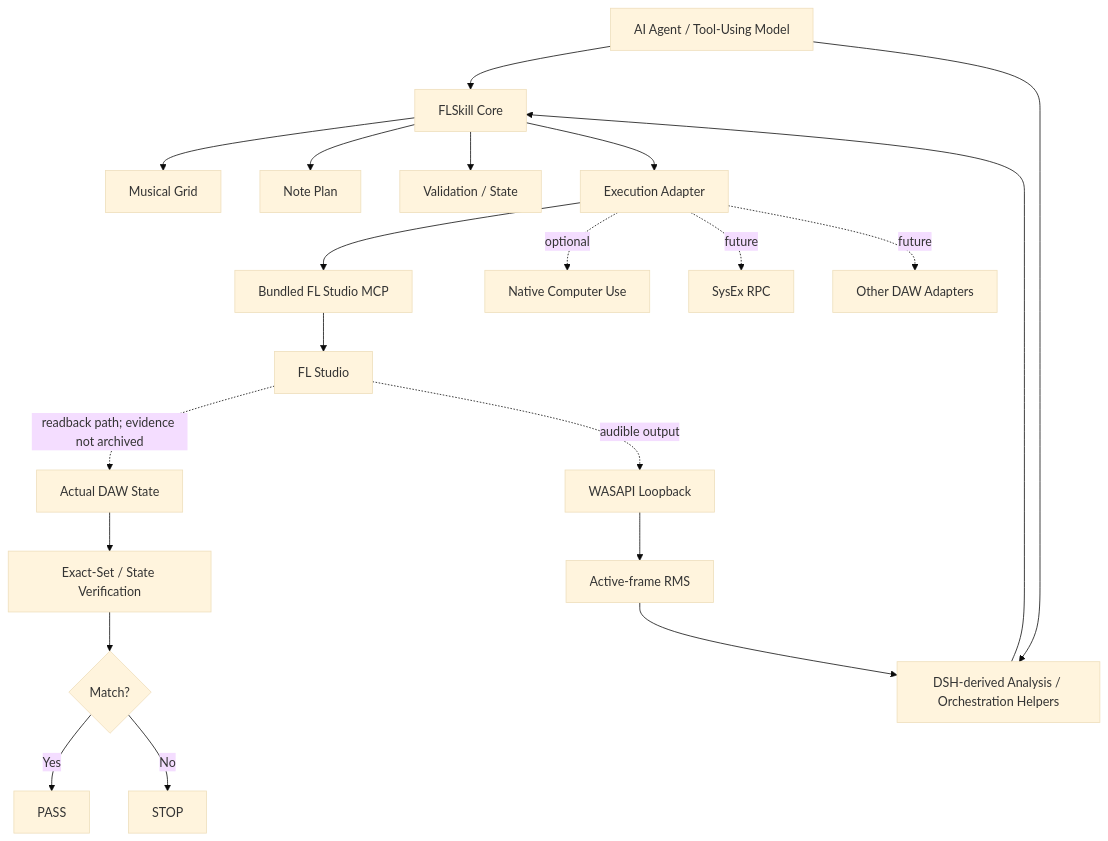
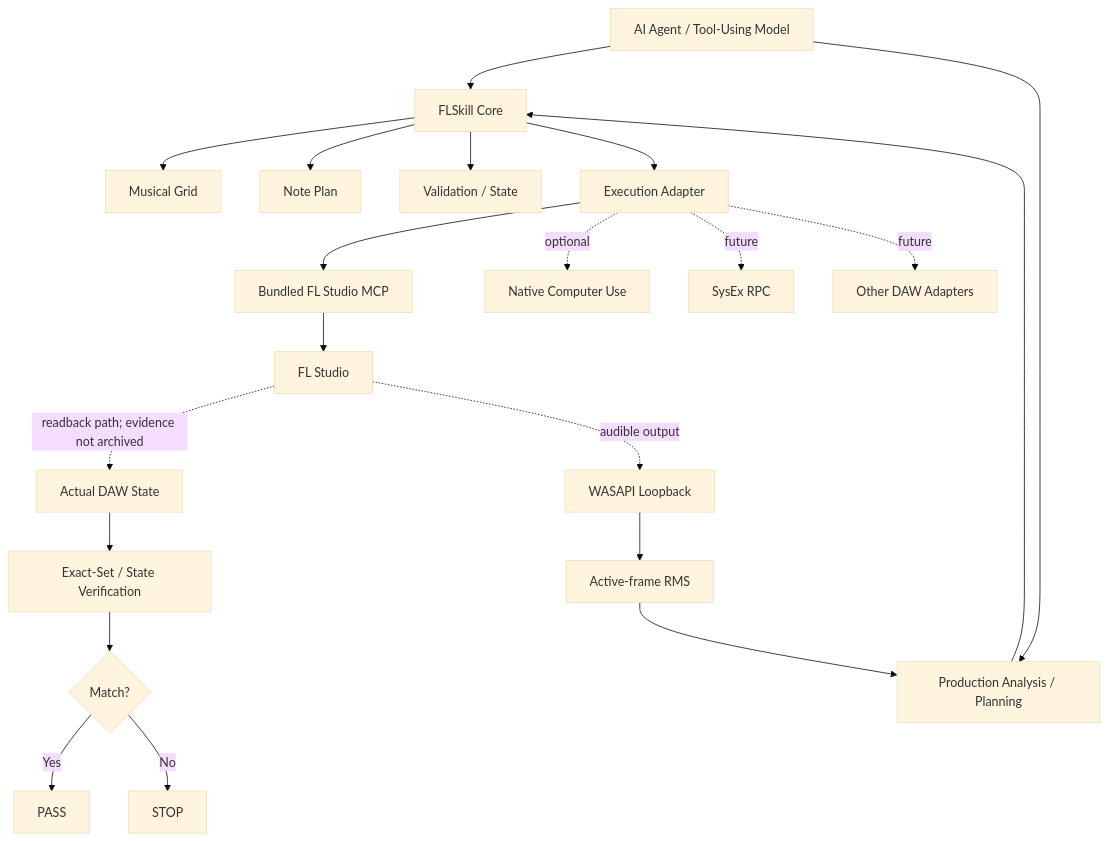
One commit to ryurikoneko/DAWLoop changed the diagram in README.md. Above: the diagram before and after it, drawn with Mermaid (base theme). The commit also changed other lines of this file and 20 other files, not shown here.

````diff
--- a/README.md
+++ b/README.md
@@ -49,23 +49,23 @@
 ```mermaid
 flowchart TD
     A[AI Agent / Tool-Using Model] --> B[FLSkill Core]
-    A --> Q[DSH-derived Analysis / Orchestration Helpers]
+    A --> Q[Production Analysis / Planning]
     Q --> B
     B --> C[Musical Grid]
     B --> D[Note Plan]
     B --> E[Validation / State]
     B --> F[Execution Adapter]
     F --> G[Bundled FL Studio MCP]
     F -. optional .-> H[Native Computer Use]
     F -. future .-> I[SysEx RPC]
     F -. future .-> J[Other DAW Adapters]
     G --> K[FL Studio]
     K -. readback path; evidence not archived .-> L[Actual DAW State]
     L --> M[Exact-Set / State Verification]
     M --> N{Match?}
     N -->|Yes| O[PASS]
     N -->|No| P[STOP]
     K -. audible output .-> R[WASAPI Loopback]
     R --> S[Active-frame RMS]
     S --> Q
 ```
````
